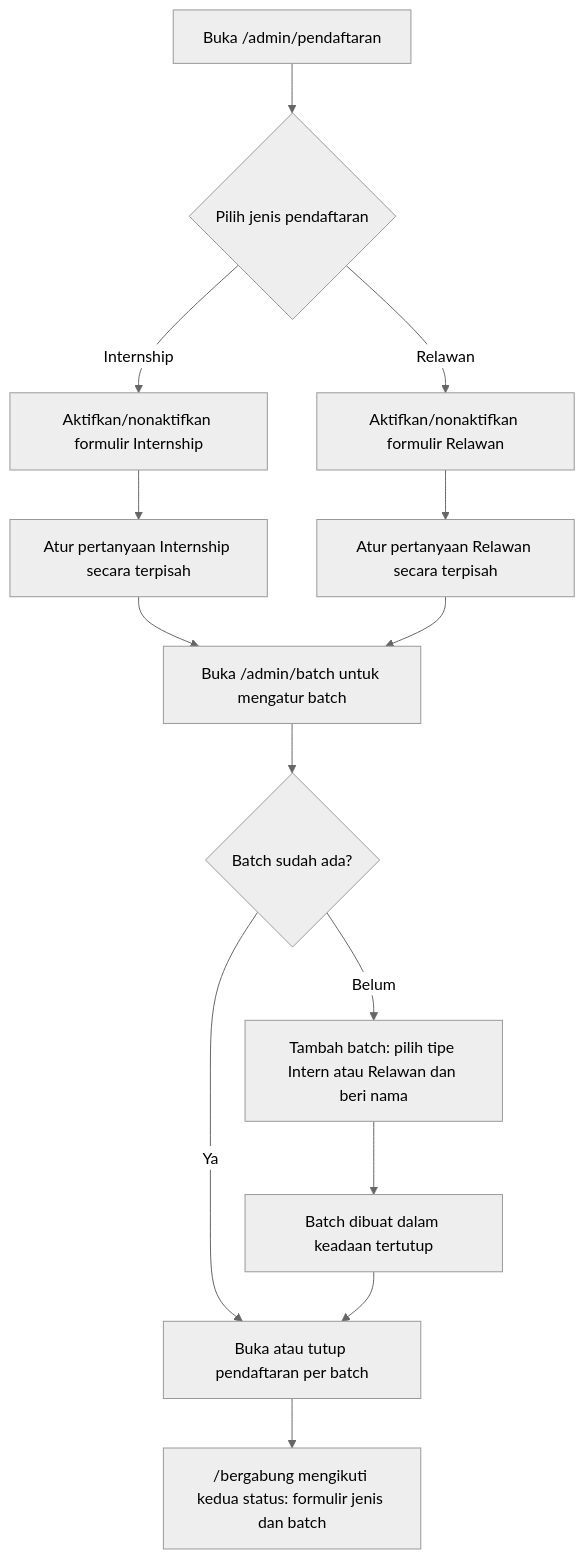
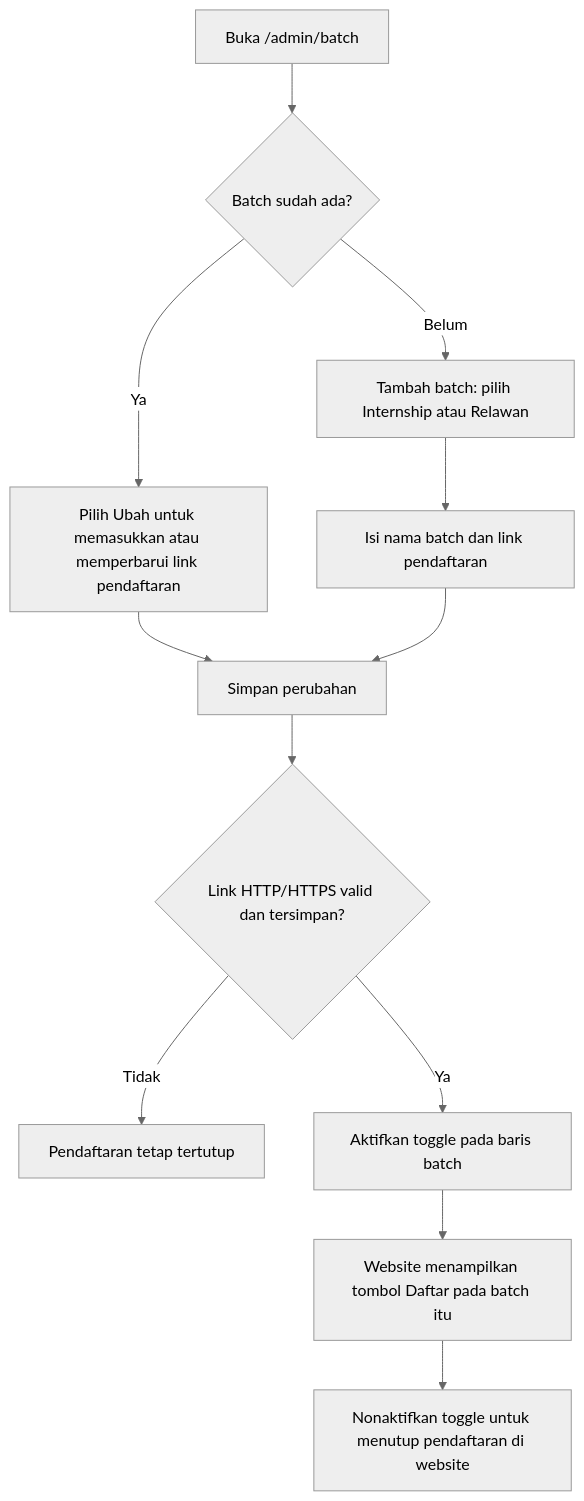
The seventh of 8 diagrams in docs/USERFLOW.md (zeovarince/Papua-future-project), drawn with Mermaid (neutral theme) before and after one commit. The commit also changed other lines of this file and 83 other files, not shown here.

````diff
--- a/docs/USERFLOW.md
+++ b/docs/USERFLOW.md
@@ -172,16 +156,14 @@
 ```mermaid
 flowchart TD
-  A["Buka /admin/pendaftaran"] --> B{"Pilih jenis pendaftaran"}
-  B -- "Internship" --> C["Aktifkan/nonaktifkan formulir Internship"]
-  B -- "Relawan" --> D["Aktifkan/nonaktifkan formulir Relawan"]
-  C --> E["Atur pertanyaan Internship secara terpisah"]
-  D --> F["Atur pertanyaan Relawan secara terpisah"]
-  E --> G["Buka /admin/batch untuk mengatur batch"]
-  F --> G
-  G --> H{"Batch sudah ada?"}
-  H -- "Belum" --> I["Tambah batch: pilih tipe Intern atau Relawan dan beri nama"]
-  I --> J["Batch dibuat dalam keadaan tertutup"]
-  H -- "Ya" --> K["Buka atau tutup pendaftaran per batch"]
-  J --> K
-  K --> L["/bergabung mengikuti kedua status: formulir jenis dan batch"]
+  A["Buka /admin/batch"] --> B{"Batch sudah ada?"}
+  B -- "Belum" --> C["Tambah batch: pilih Internship atau Relawan"]
+  B -- "Ya" --> D["Pilih Ubah untuk memasukkan atau memperbarui link pendaftaran"]
+  C --> E["Isi nama batch dan link pendaftaran"]
+  D --> F["Simpan perubahan"]
+  E --> F
+  F --> G{"Link HTTP/HTTPS valid dan tersimpan?"}
+  G -- "Tidak" --> H["Pendaftaran tetap tertutup"]
+  G -- "Ya" --> I["Aktifkan toggle pada baris batch"]
+  I --> J["Website menampilkan tombol Daftar pada batch itu"]
+  J --> K["Nonaktifkan toggle untuk menutup pendaftaran di website"]
 ```
````
